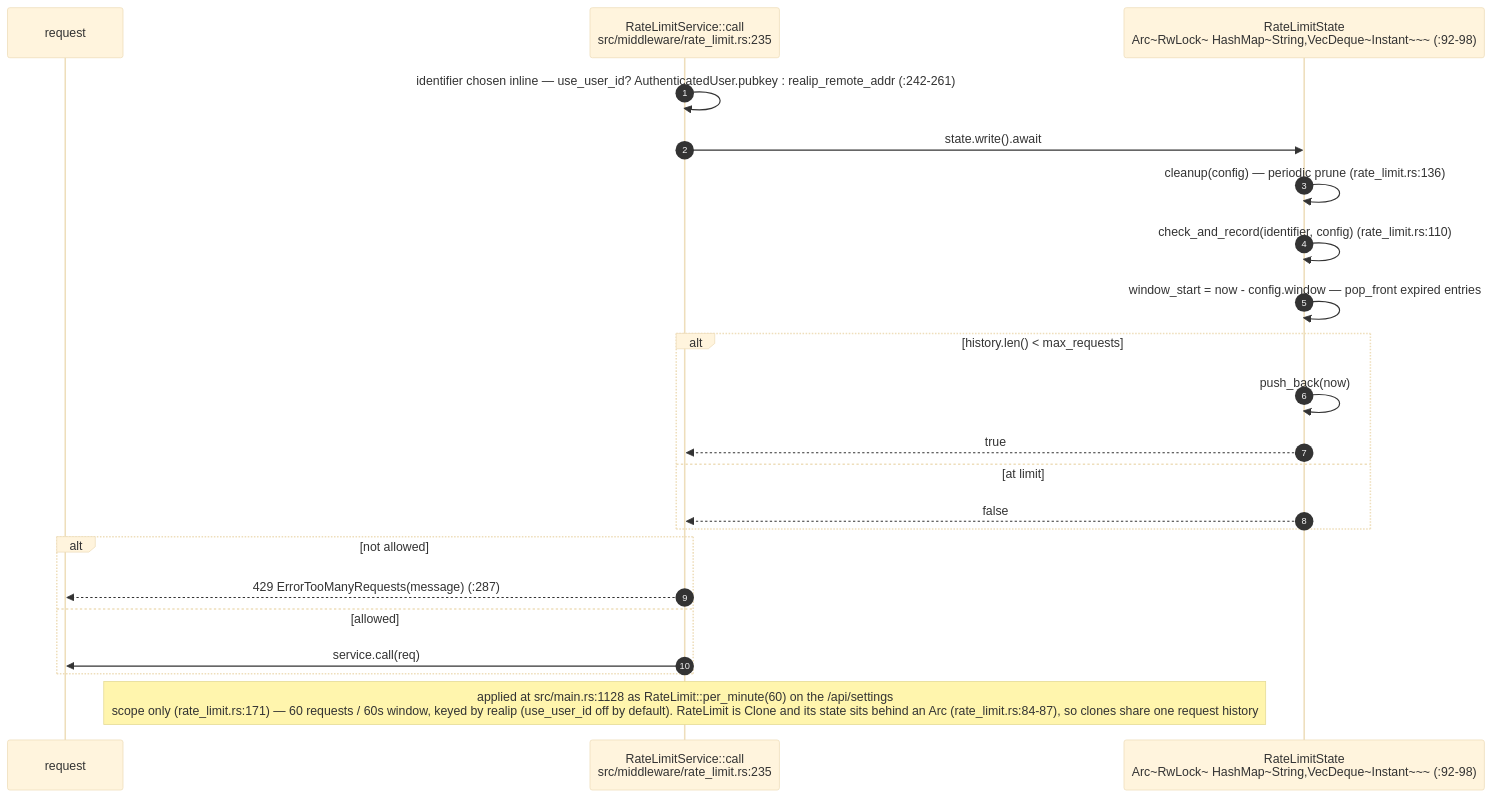
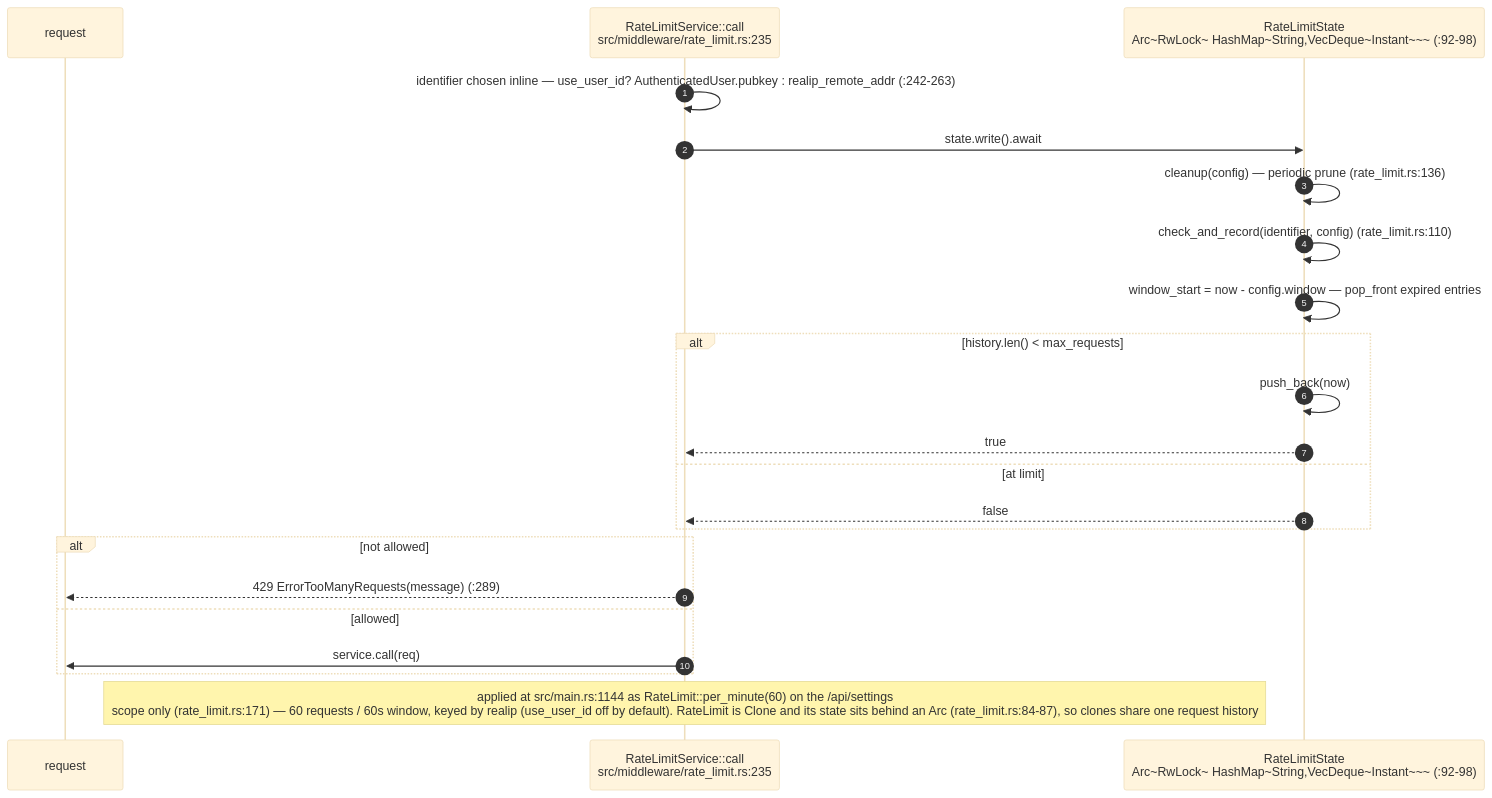
Before and after one commit to DreamLab-AI/VisionFlow: diagram 11 of 14 in docs/diagrams/visionclaw/03-request-lifecycle-and-rbac.md, drawn with Mermaid (base theme). The commit also changed other lines of this file and 160 other files, not shown here.

````diff
--- a/docs/diagrams/visionclaw/03-request-lifecycle-and-rbac.md
+++ b/docs/diagrams/visionclaw/03-request-lifecycle-and-rbac.md
@@ -511,25 +522,25 @@
 ```mermaid
 sequenceDiagram
     autonumber
     participant R as request
     participant RL as RateLimitService::call<br/>src/middleware/rate_limit.rs:235
     participant ST as RateLimitState<br/>Arc~RwLock~ HashMap~String,VecDeque~Instant~~~ (:92-98)
 
-    RL->>RL: identifier chosen inline — use_user_id? AuthenticatedUser.pubkey : realip_remote_addr (:242-261)
+    RL->>RL: identifier chosen inline — use_user_id? AuthenticatedUser.pubkey : realip_remote_addr (:242-263)
     RL->>ST: state.write().await
     ST->>ST: cleanup(config) — periodic prune (rate_limit.rs:136)
     ST->>ST: check_and_record(identifier, config) (rate_limit.rs:110)
     ST->>ST: window_start = now - config.window — pop_front expired entries
     alt history.len() < max_requests
         ST->>ST: push_back(now)
         ST-->>RL: true
     else at limit
         ST-->>RL: false
     end
     alt not allowed
-        RL-->>R: 429 ErrorTooManyRequests(message) (:287)
+        RL-->>R: 429 ErrorTooManyRequests(message) (:289)
     else allowed
         RL->>R: service.call(req)
     end
-    Note over RL: applied at src/main.rs:1128 as RateLimit::per_minute(60) on the /api/settings<br/>scope only (rate_limit.rs:171) — 60 requests / 60s window, keyed by realip (use_user_id off by default). RateLimit is Clone and its state sits behind an Arc (rate_limit.rs:84-87), so clones share one request history
+    Note over RL: applied at src/main.rs:1144 as RateLimit::per_minute(60) on the /api/settings<br/>scope only (rate_limit.rs:171) — 60 requests / 60s window, keyed by realip (use_user_id off by default). RateLimit is Clone and its state sits behind an Arc (rate_limit.rs:84-87), so clones share one request history
 ```
````
